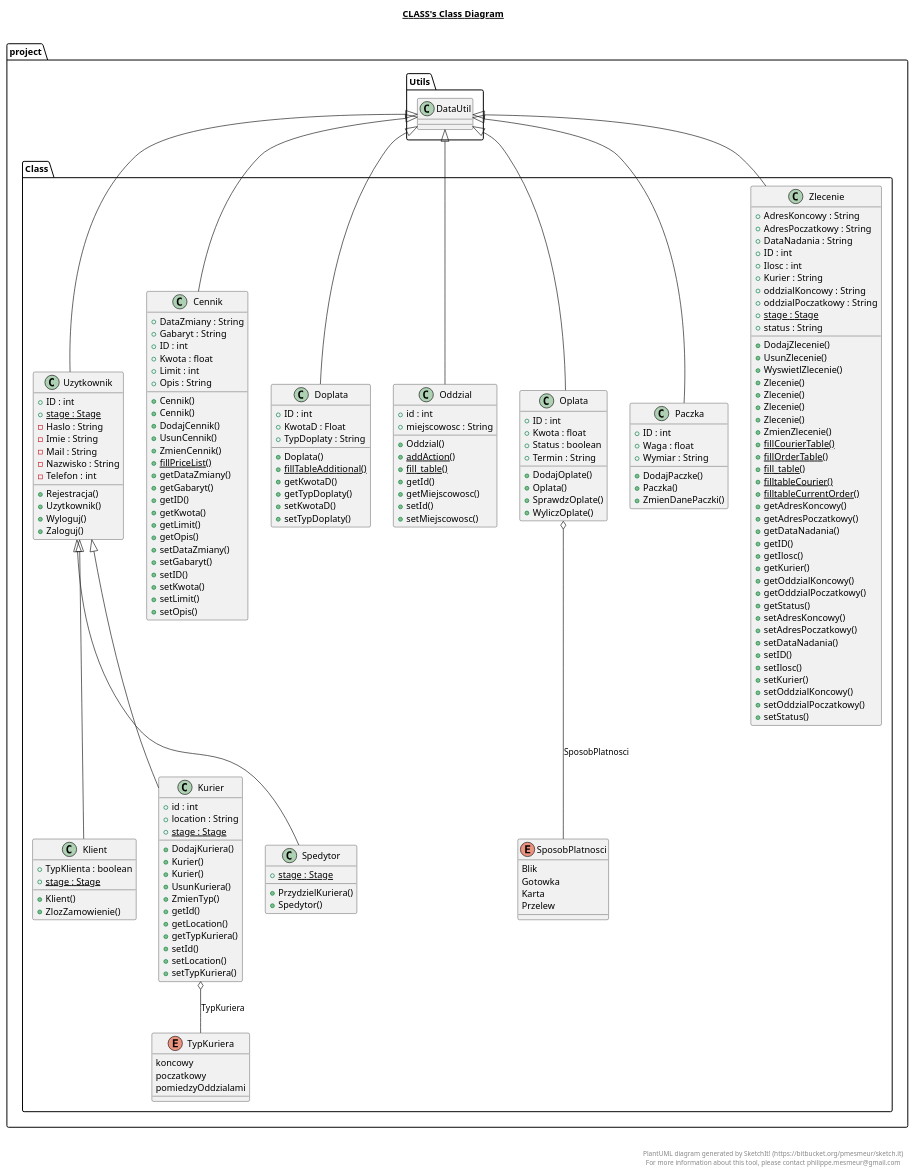
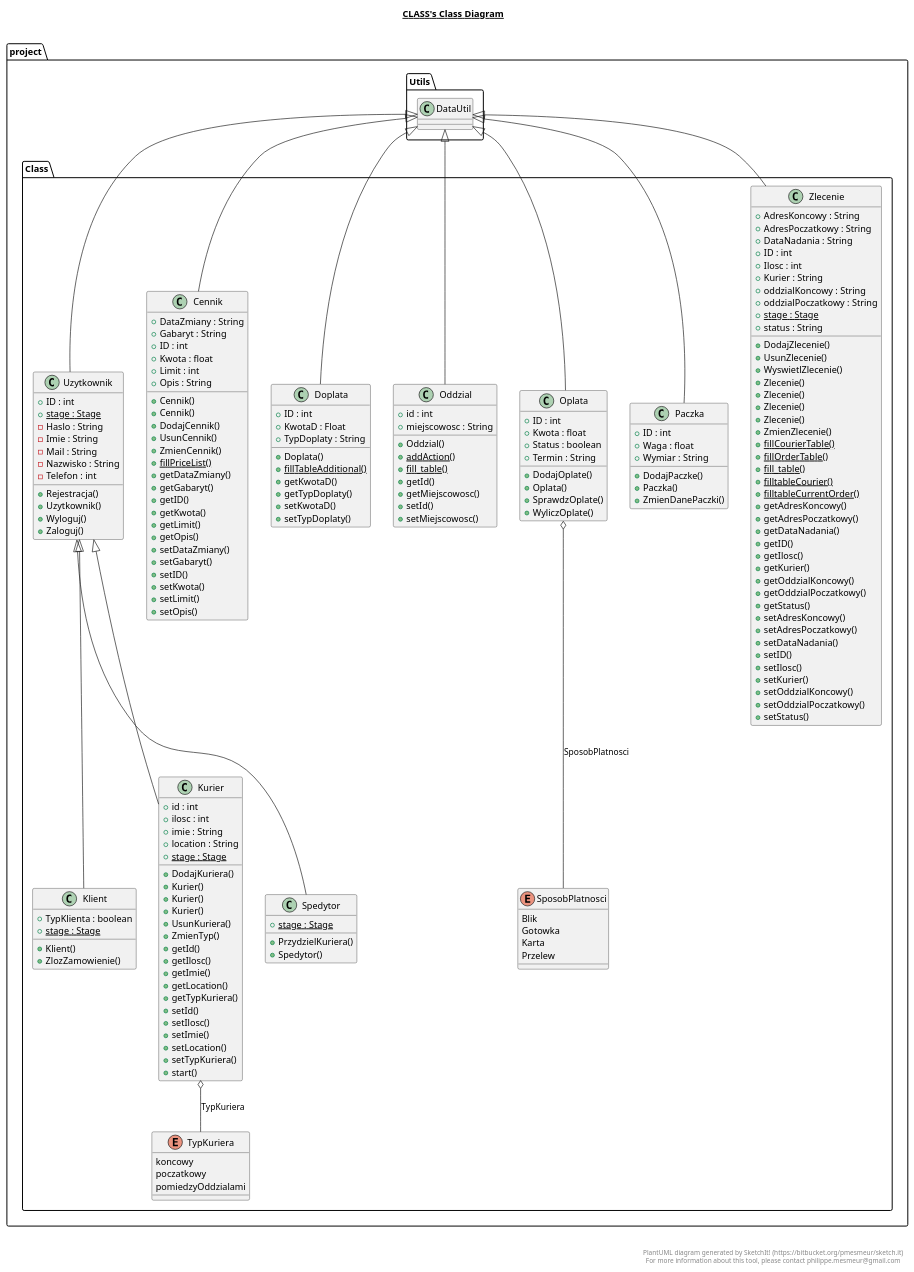
The diagram in src/project/Class/Class.plantuml (kplusa/Firma-Transportowa), drawn with PlantUML before and after one commit. The commit also changed 12 other files, not shown here.

```diff
--- a/src/project/Class/Class.plantuml
+++ b/src/project/Class/Class.plantuml
@@ -67,19 +67,27 @@
     namespace Class {
       class project.Class.Kurier {
           + id : int
+          + ilosc : int
+          + imie : String
           + location : String
           {static} + stage : Stage
           + DodajKuriera()
           + Kurier()
           + Kurier()
+          + Kurier()
           + UsunKuriera()
           + ZmienTyp()
           + getId()
+          + getIlosc()
+          + getImie()
           + getLocation()
           + getTypKuriera()
           + setId()
+          + setIlosc()
+          + setImie()
           + setLocation()
           + setTypKuriera()
+          + start()
       }
     }
   }
```
